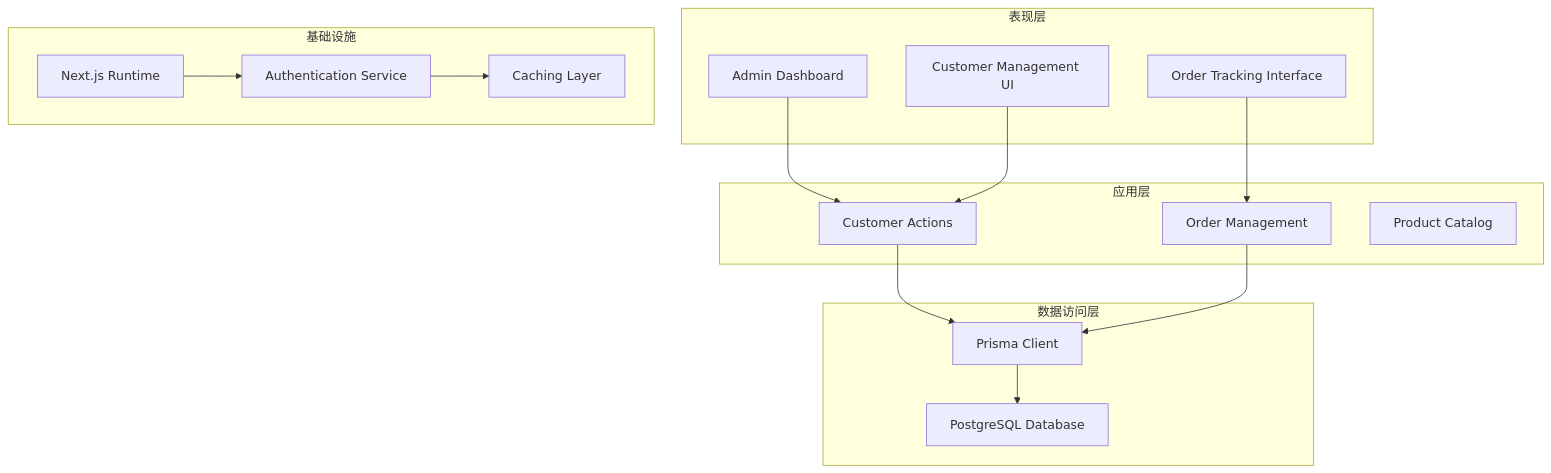
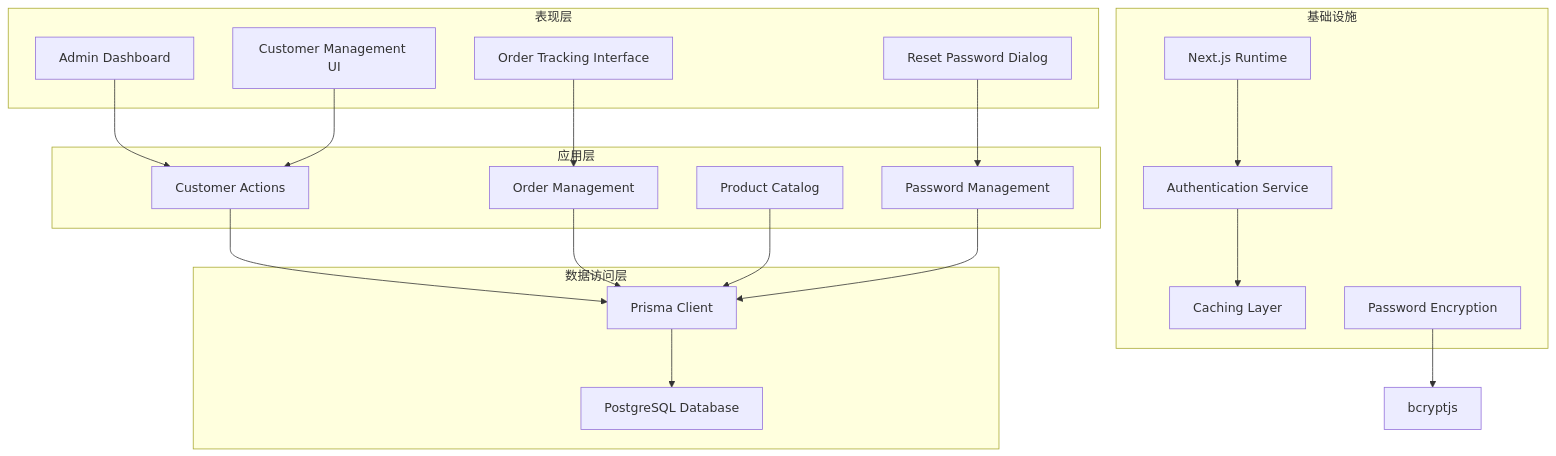
One commit to three3638-arch/celestia_2b changed the third of 11 diagrams in .qoder/repowiki/zh/content/管理后台系统/客户管理系统.md. Above: the diagram before and after it, drawn with Mermaid. The commit also changed other lines of this file and 8 other files, not shown here.

````diff
--- a/.qoder/repowiki/zh/content/管理后台系统/客户管理系统.md
+++ b/.qoder/repowiki/zh/content/管理后台系统/客户管理系统.md
@@ -152,30 +170,37 @@
 ```mermaid
 graph TB
 subgraph "表现层"
 A[Admin Dashboard]
 B[Customer Management UI]
 C[Order Tracking Interface]
+D[Reset Password Dialog]
 end
 subgraph "应用层"
-D[Customer Actions]
-E[Order Management]
-F[Product Catalog]
+E[Customer Actions]
+F[Order Management]
+G[Product Catalog]
+H[Password Management]
 end
 subgraph "数据访问层"
-G[Prisma Client]
-H[PostgreSQL Database]
+I[Prisma Client]
+J[PostgreSQL Database]
 end
 subgraph "基础设施"
-I[Next.js Runtime]
-J[Authentication Service]
-K[Caching Layer]
+K[Next.js Runtime]
+L[Authentication Service]
+M[Caching Layer]
+N[Password Encryption]
 end
-A --> D
-B --> D
-C --> E
-D --> G
-E --> G
-G --> H
+A --> E
+B --> E
+C --> F
+D --> H
+E --> I
+F --> I
+G --> I
+H --> I
 I --> J
-J --> K
+K --> L
+L --> M
+N --> O[bcryptjs]
 ```
````
